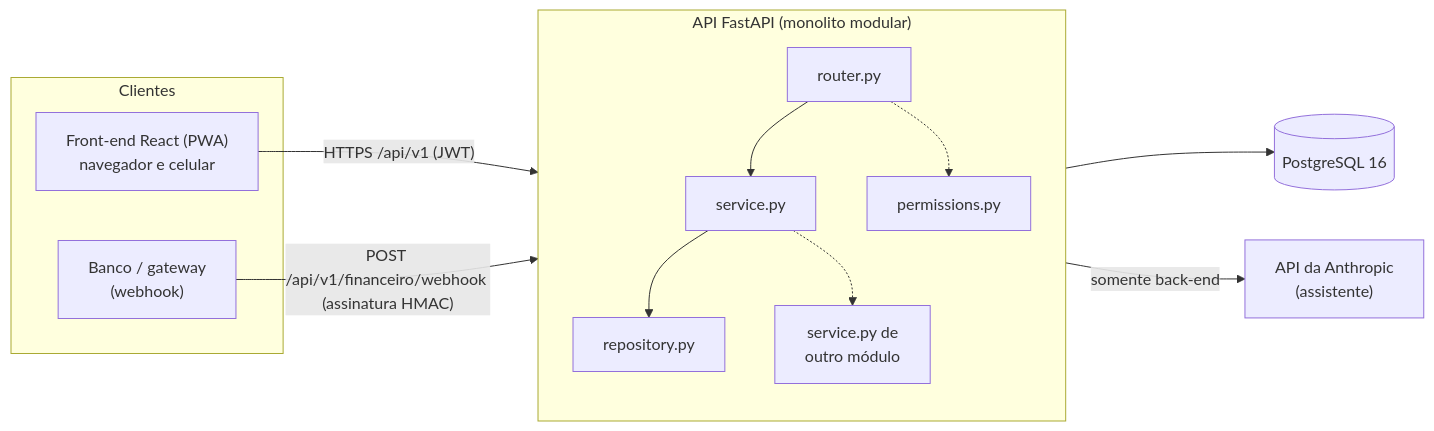
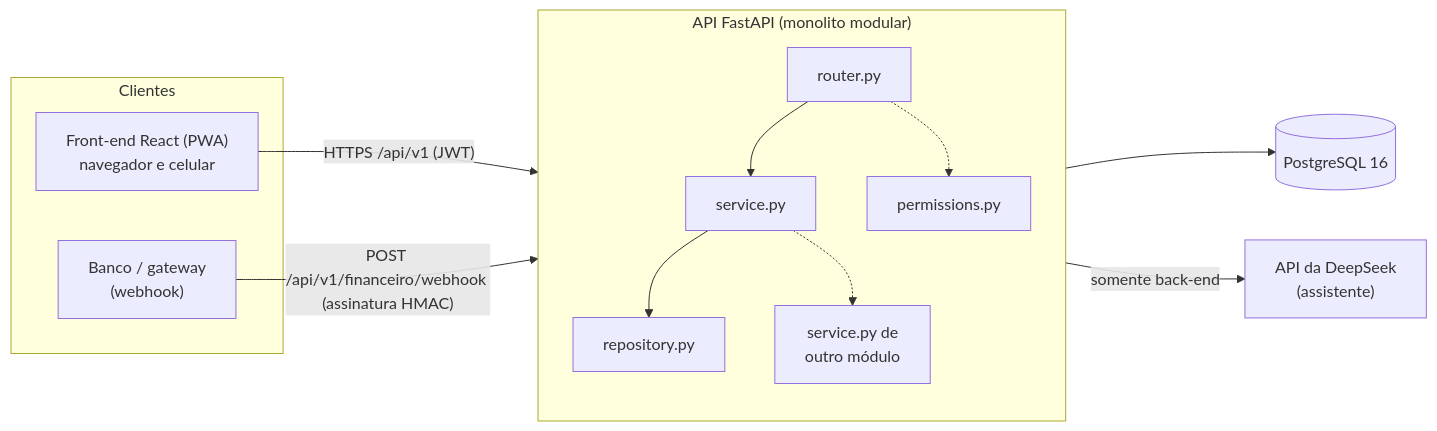
One commit to Cauan-Dino/software_escolar changed the first of 2 diagrams in docs/ARQUITETURA.md. Above: the diagram before and after it, drawn with Mermaid. The commit also changed other lines of this file and 25 other files, not shown here.

First line of the commit message:
Add AI assistant with DeepSeek tool calling and button confirmation

````diff
--- a/docs/ARQUITETURA.md
+++ b/docs/ARQUITETURA.md
@@ -22,17 +22,17 @@
 ```mermaid
 flowchart LR
     subgraph Clientes
         WEB["Front-end React (PWA)<br/>navegador e celular"]
         EXT["Banco / gateway<br/>(webhook)"]
     end
     subgraph API["API FastAPI (monolito modular)"]
         direction TB
         R[router.py] --> S[service.py] --> RP[repository.py]
         S -.-> OS["service.py de<br/>outro módulo"]
         R -.-> P[permissions.py]
     end
     WEB -- "HTTPS /api/v1 (JWT)" --> API
     EXT -- "POST /api/v1/financeiro/webhook (assinatura HMAC)" --> API
     RP --> DB[(PostgreSQL 16)]
-    S -- "somente back-end" --> LLM["API da Anthropic<br/>(assistente)"]
+    S -- "somente back-end" --> LLM["API da DeepSeek<br/>(assistente)"]
 ```
````
